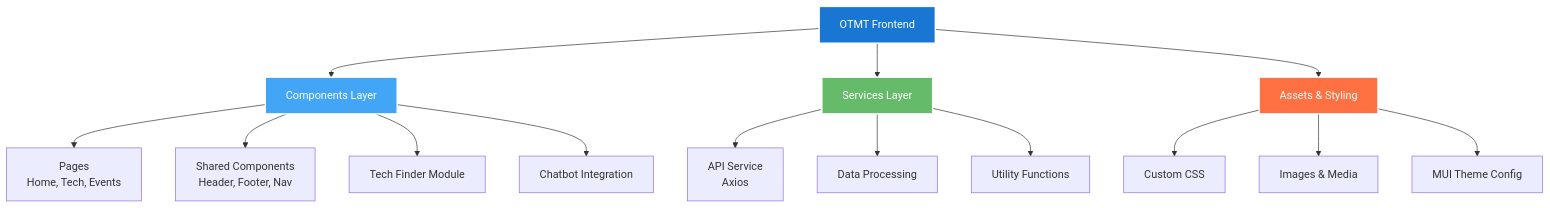
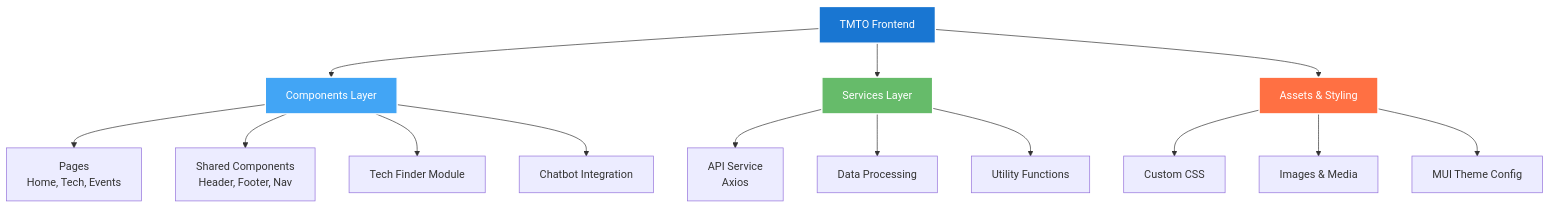
The first of 2 diagrams in README.md (devan1shX/OTMT), drawn with Mermaid before and after one commit. The commit also changed other lines of this file, not shown here.

````diff
--- a/README.md
+++ b/README.md
@@ -87,24 +87,24 @@
 ```mermaid
 graph TB
-    A[OTMT Frontend] --> B[Components Layer]
+    A[TMTO Frontend] --> B[Components Layer]
     A --> C[Services Layer]
     A --> D[Assets & Styling]
     
     B --> E[Pages<br/>Home, Tech, Events]
     B --> F[Shared Components<br/>Header, Footer, Nav]
     B --> G[Tech Finder Module]
     B --> H[Chatbot Integration]
     
     C --> I[API Service<br/>Axios]
     C --> J[Data Processing]
     C --> K[Utility Functions]
     
     D --> L[Custom CSS]
     D --> M[Images & Media]
     D --> N[MUI Theme Config]
     
     style A fill:#1976d2,stroke:#fff,stroke-width:2px,color:#fff
     style B fill:#42a5f5,stroke:#fff,stroke-width:2px,color:#fff
     style C fill:#66bb6a,stroke:#fff,stroke-width:2px,color:#fff
     style D fill:#ff7043,stroke:#fff,stroke-width:2px,color:#fff
 ```
````
